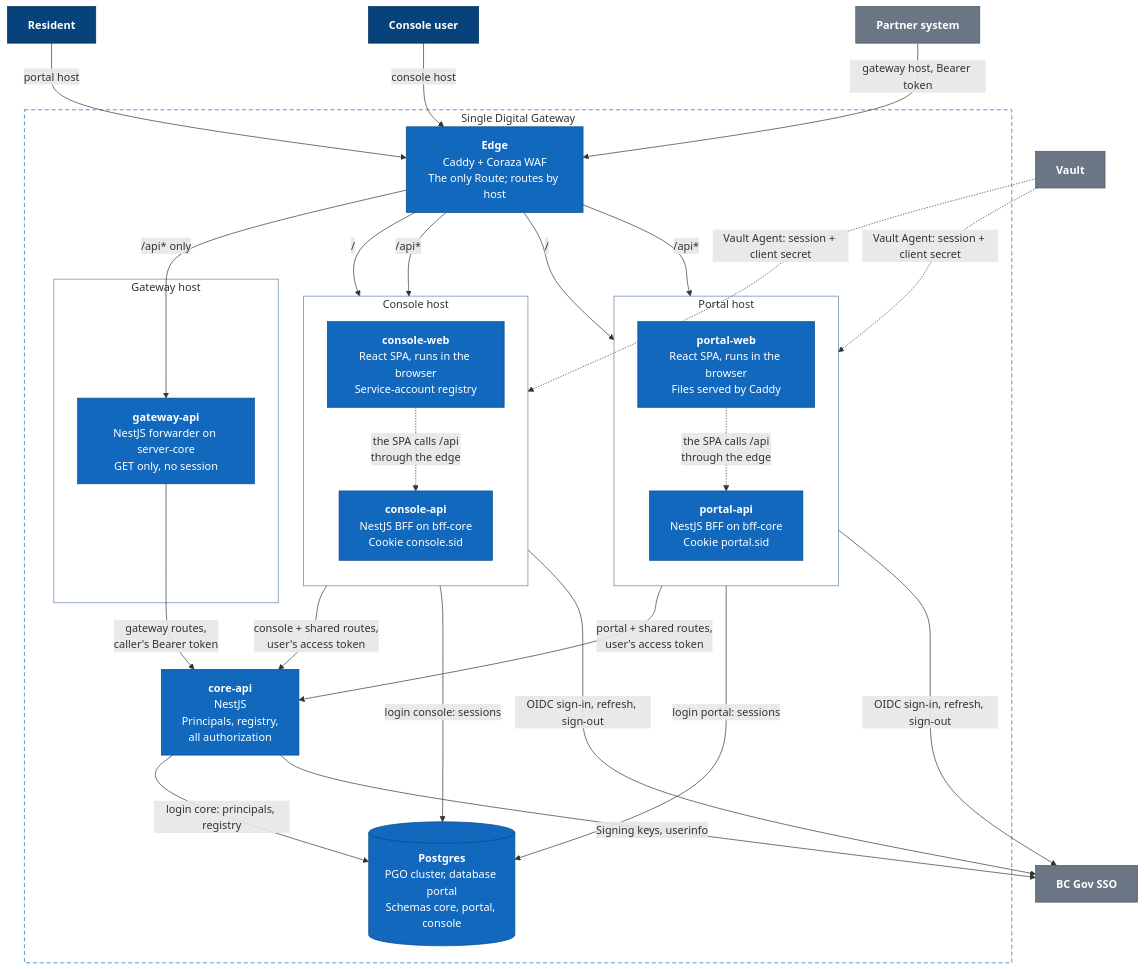
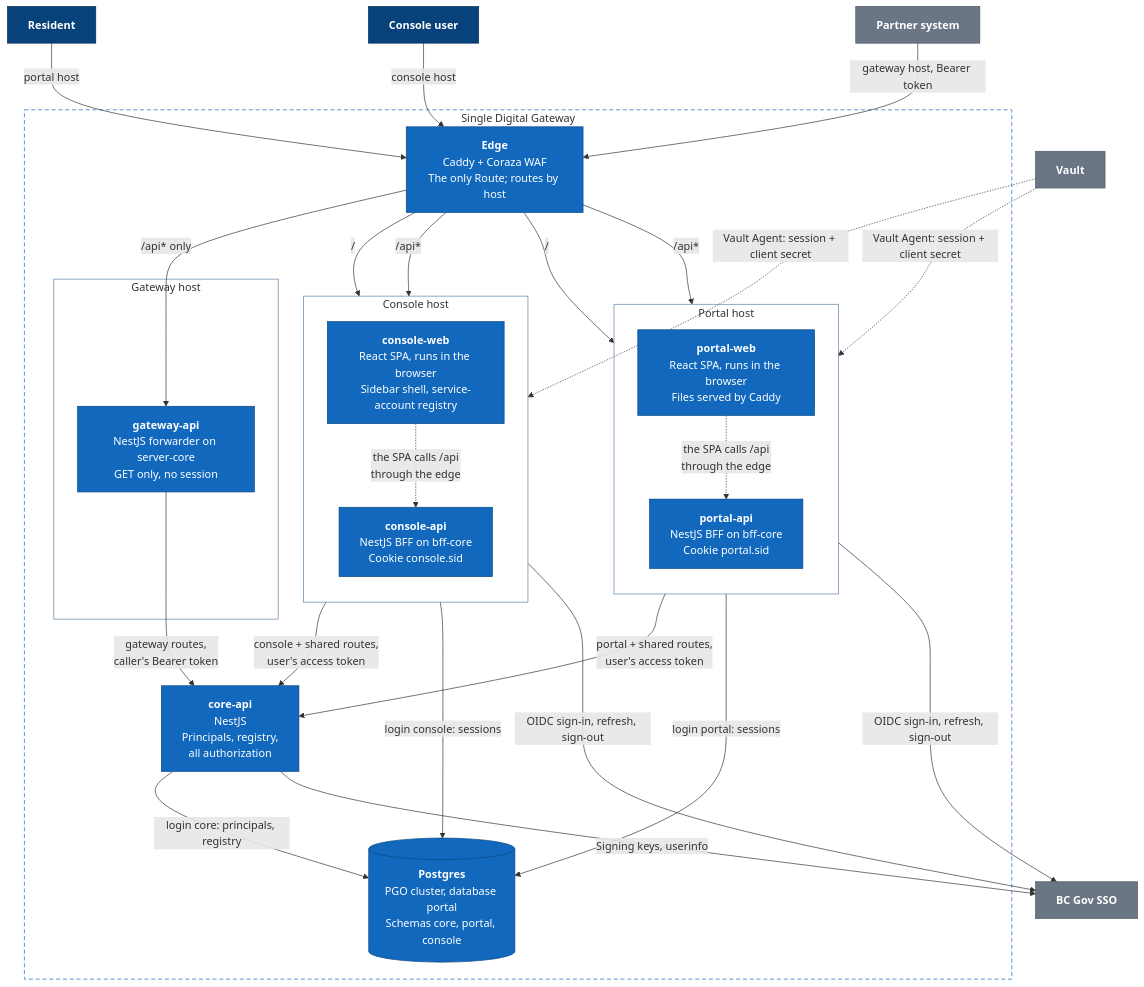
Before and after one commit to bcgov/sdg: the second of 5 diagrams in docs/architecture.md, drawn with Mermaid. The commit also changed 12 other files, not shown here.

First line of the commit message:
test(console-web): E2E and docs for the app shell

````diff
--- a/docs/architecture.md
+++ b/docs/architecture.md
@@ -44,66 +44,66 @@
 ```mermaid
 flowchart TB
   resident["<b>Resident</b>"]:::person
   console["<b>Console user</b>"]:::person
   partner["<b>Partner system</b>"]:::ext
 
   subgraph SDG["Single Digital Gateway"]
     edge["<b>Edge</b><br/>Caddy + Coraza WAF<br/>The only Route; routes by host"]:::internal
 
     subgraph PORTAL["Portal host"]
       direction TB
       portalweb["<b>portal-web</b><br/>React SPA, runs in the browser<br/>Files served by Caddy"]:::internal
       portalapi["<b>portal-api</b><br/>NestJS BFF on bff-core<br/>Cookie portal.sid"]:::internal
     end
 
     subgraph CONSOLE["Console host"]
       direction TB
-      consoleweb["<b>console-web</b><br/>React SPA, runs in the browser<br/>Service-account registry"]:::internal
+      consoleweb["<b>console-web</b><br/>React SPA, runs in the browser<br/>Sidebar shell, service-account registry"]:::internal
       consoleapi["<b>console-api</b><br/>NestJS BFF on bff-core<br/>Cookie console.sid"]:::internal
     end
 
     subgraph GATEWAY["Gateway host"]
       gatewayapi["<b>gateway-api</b><br/>NestJS forwarder on server-core<br/>GET only, no session"]:::internal
     end
 
     coreapi["<b>core-api</b><br/>NestJS<br/>Principals, registry,<br/>all authorization"]:::internal
     db[("<b>Postgres</b><br/>PGO cluster, database portal<br/>Schemas core, portal, console")]:::internal
   end
 
   sso["<b>BC Gov SSO</b>"]:::ext
   vault["<b>Vault</b>"]:::ext
 
   resident -->|"portal host"| edge
   console -->|"console host"| edge
   partner -->|"gateway host, Bearer token"| edge
 
   edge -->|"/"| portalweb
   edge -->|"/api*"| portalapi
   portalweb -.->|"the SPA calls /api<br/>through the edge"| portalapi
   edge -->|"/"| consoleweb
   edge -->|"/api*"| consoleapi
   consoleweb -.->|"the SPA calls /api<br/>through the edge"| consoleapi
   edge -->|"/api* only"| gatewayapi
 
   portalapi -->|"portal + shared routes,<br/>user's access token"| coreapi
   consoleapi -->|"console + shared routes,<br/>user's access token"| coreapi
   gatewayapi -->|"gateway routes,<br/>caller's Bearer token"| coreapi
 
   portalapi -->|"login portal: sessions"| db
   consoleapi -->|"login console: sessions"| db
   coreapi -->|"login core: principals, registry"| db
 
   portalapi -->|"OIDC sign-in, refresh, sign-out"| sso
   consoleapi -->|"OIDC sign-in, refresh, sign-out"| sso
   coreapi -->|"Signing keys, userinfo"| sso
   vault -.->|"Vault Agent: session + client secret"| portalapi
   vault -.->|"Vault Agent: session + client secret"| consoleapi
 
   classDef person fill:#08427b,stroke:#052e56,color:#ffffff
   classDef internal fill:#1168bd,stroke:#0b4884,color:#ffffff
   classDef ext fill:#6b7685,stroke:#4b5563,color:#ffffff
   style SDG fill:none,stroke:#1168bd,stroke-dasharray:6 4
   style PORTAL fill:none,stroke:#5d82a8
   style CONSOLE fill:none,stroke:#5d82a8
   style GATEWAY fill:none,stroke:#5d82a8
 ```
````
